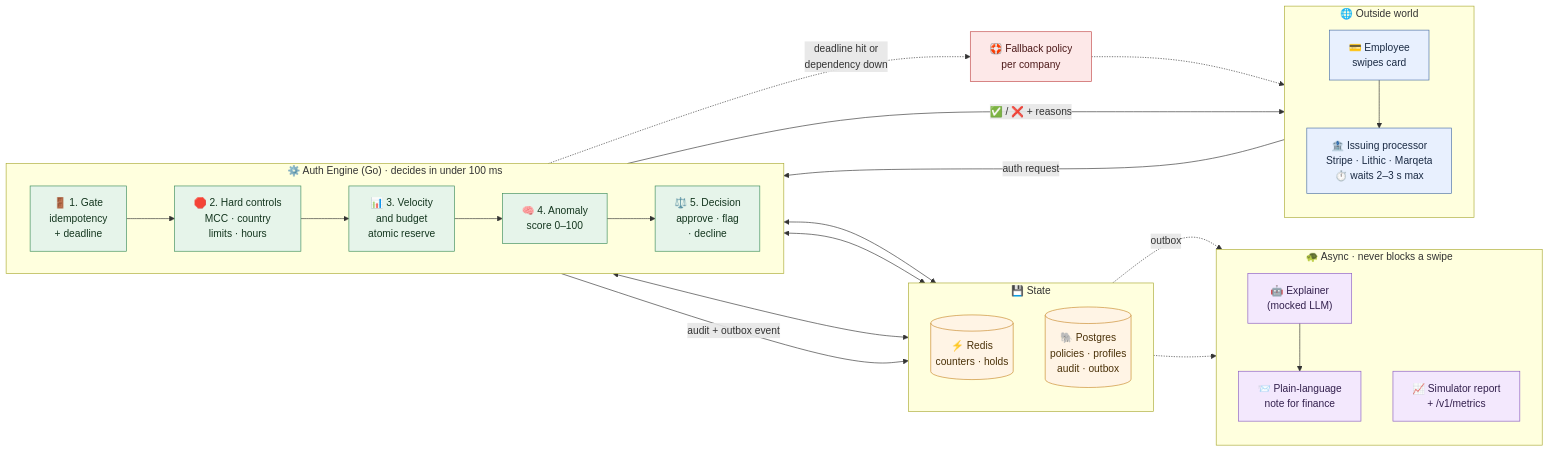
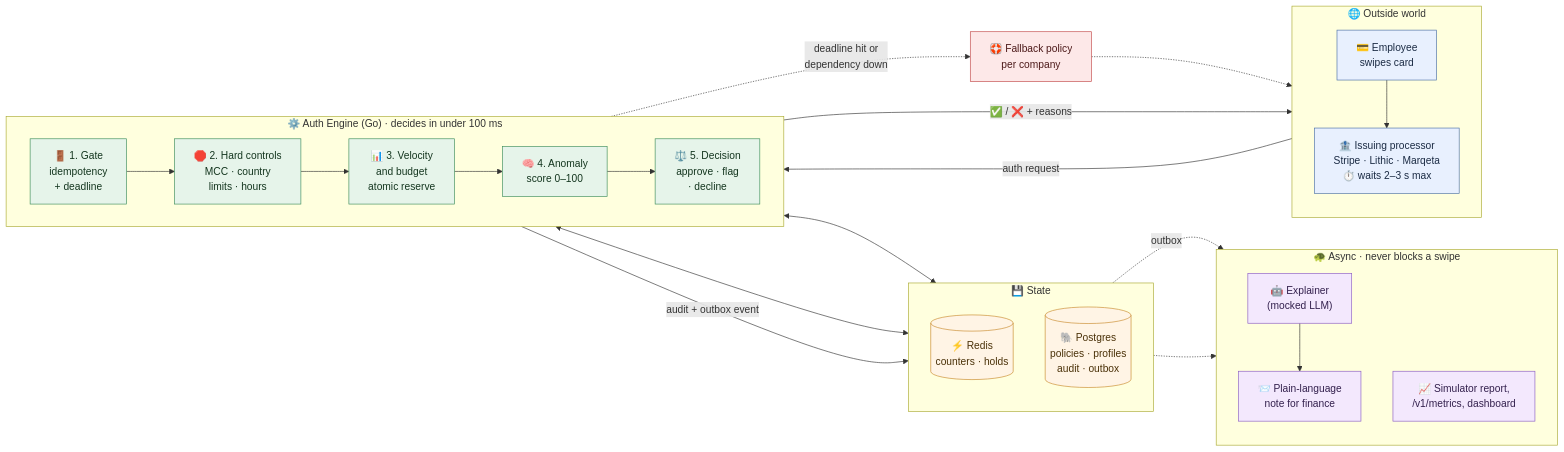
Before and after one commit to bescobarm/vibe-coding-test: the fourth of 6 diagrams in README.md, drawn with Mermaid. The commit also changed other lines of this file and 6 other files, not shown here.

````diff
--- a/README.md
+++ b/README.md
@@ -387,49 +388,48 @@
 ```mermaid
 flowchart LR
     subgraph OUT["🌐 Outside world"]
         direction TB
         CARD["💳 Employee<br/>swipes card"] --> PROC["🏦 Issuing processor<br/>Stripe · Lithic · Marqeta<br/>⏱️ waits 2–3 s max"]
     end
 
     subgraph ENGINE["⚙️ Auth Engine (Go) · decides in under 100 ms"]
         direction LR
         G["🚪 1. Gate<br/>idempotency<br/>+ deadline"] --> H["🛑 2. Hard controls<br/>MCC · country<br/>limits · hours"]
         H --> V["📊 3. Velocity<br/>and budget<br/>atomic reserve"]
         V --> S["🧠 4. Anomaly<br/>score 0–100"]
         S --> D["⚖️ 5. Decision<br/>approve · flag<br/>· decline"]
     end
 
     subgraph DATA["💾 State"]
         direction TB
         R[("⚡ Redis<br/>counters · holds")]
         P[("🐘 Postgres<br/>policies · profiles<br/>audit · outbox")]
     end
 
     subgraph ASYNC["🐢 Async · never blocks a swipe"]
         direction TB
         X["🤖 Explainer<br/>(mocked LLM)"] --> FIN["📨 Plain-language<br/>note for finance"]
-        REP["📈 Simulator report<br/>+ /v1/metrics"]
+        REP["📈 Simulator report,<br/>/v1/metrics, dashboard"]
     end
 
     PROC -- "auth request" --> G
     D -- "✅ / ❌ + reasons" --> PROC
     V <--> R
-    S <--> R
     S <--> P
     D -- "audit + outbox event" --> P
     P -.->|"outbox"| X
     P -.-> REP
     G -.->|"deadline hit or<br/>dependency down"| FB["🛟 Fallback policy<br/>per company"]
     FB -.-> PROC
 
     classDef ext fill:#E8F0FE,stroke:#4A6FA5,color:#1B2B44
     classDef stage fill:#E6F4EA,stroke:#3C8D5A,color:#14361F
     classDef store fill:#FFF4E5,stroke:#C98A2B,color:#4A3108
     classDef async fill:#F3E8FD,stroke:#8A5CC2,color:#33204D
     classDef fail fill:#FDE8E8,stroke:#C24A4A,color:#4D1A1A
     class CARD,PROC ext
     class G,H,V,S,D stage
     class R,P store
     class X,FIN,REP async
     class FB fail
 ```
````
